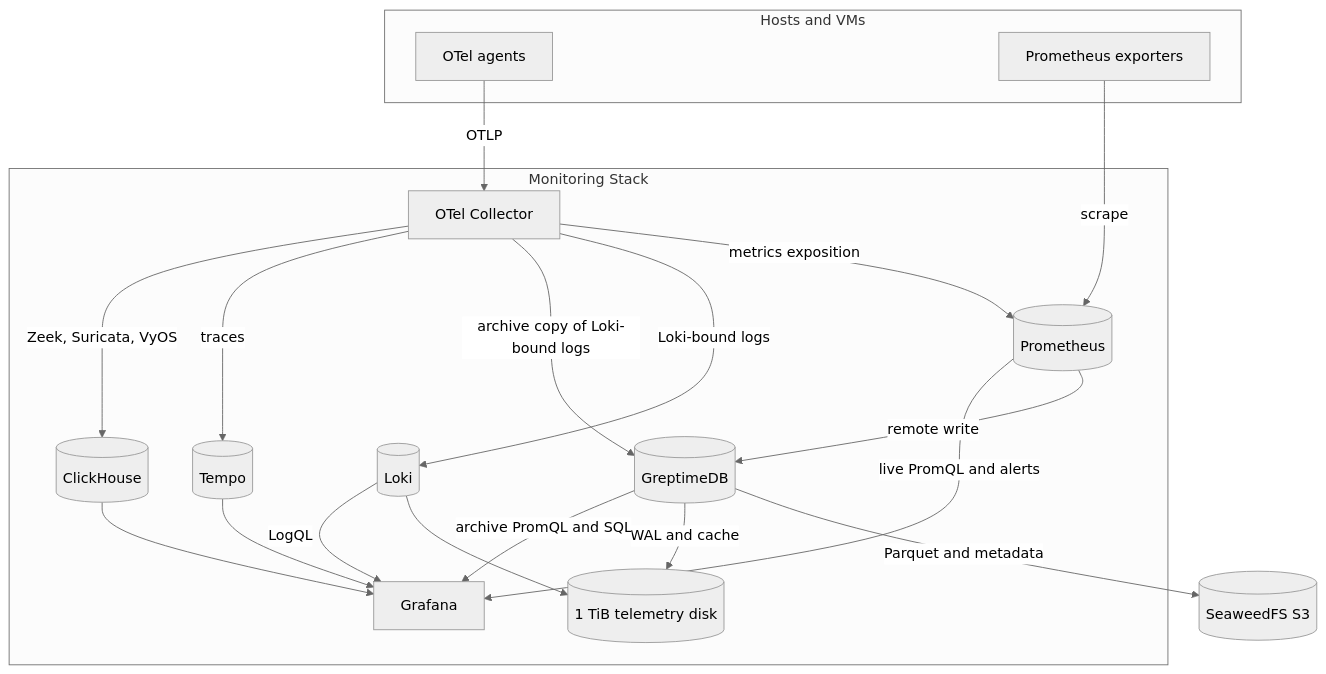
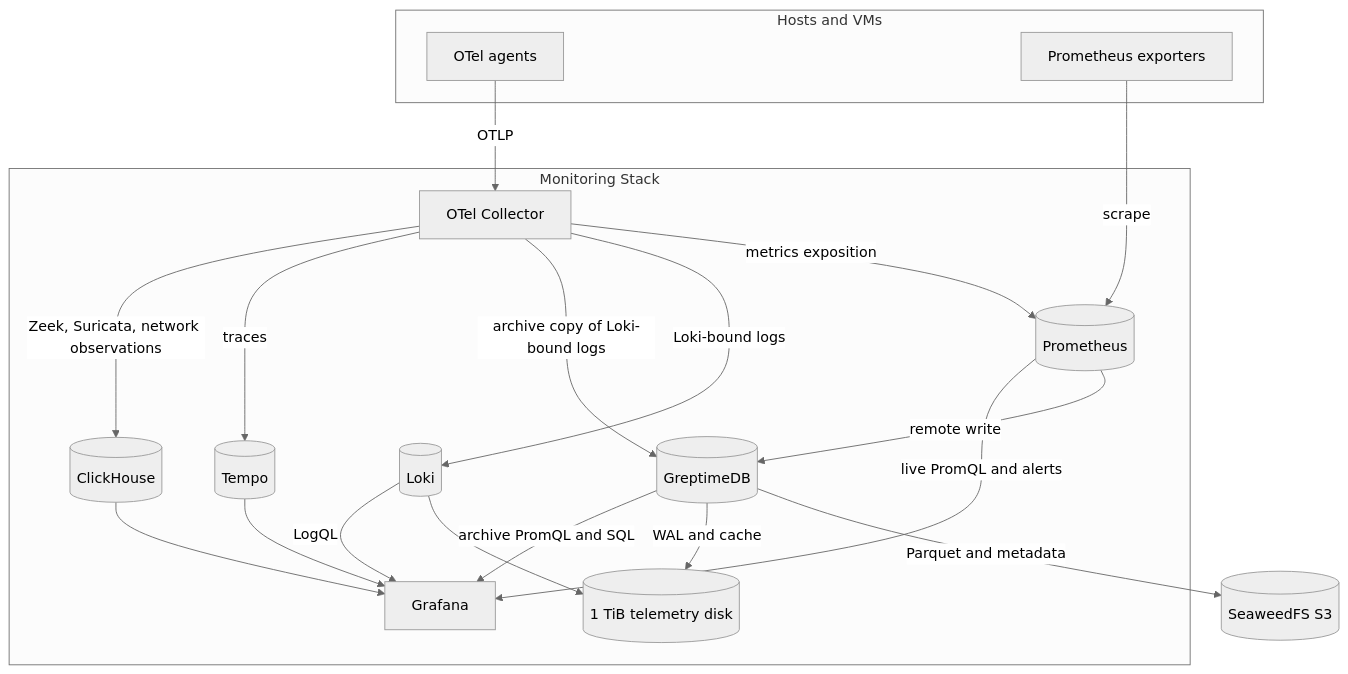
Before and after one commit to shedrachokonofua/aether: the diagram in docs/monitoring.md, drawn with Mermaid (neutral theme). The commit also changed other lines of this file and 9 other files, not shown here.

````diff
--- a/docs/monitoring.md
+++ b/docs/monitoring.md
@@ -7,37 +7,37 @@
 ```mermaid
 flowchart TB
     subgraph Hosts["Hosts and VMs"]
         Agent["OTel agents"]
         Exporters["Prometheus exporters"]
     end
 
     subgraph Niobe["Monitoring Stack"]
         Collector["OTel Collector"]
         Prometheus[(Prometheus)]
         Loki[(Loki)]
         Tempo[(Tempo)]
         ClickHouse[(ClickHouse)]
         Greptime[(GreptimeDB)]
         Grafana[Grafana]
         TelemetryDisk[("1 TiB telemetry disk")]
     end
 
     SeaweedFS[(SeaweedFS S3)]
 
     Agent -->|OTLP| Collector
     Exporters -->|scrape| Prometheus
     Collector -->|metrics exposition| Prometheus
     Collector -->|Loki-bound logs| Loki
     Collector -->|archive copy of Loki-bound logs| Greptime
     Collector -->|traces| Tempo
-    Collector -->|Zeek, Suricata, VyOS| ClickHouse
+    Collector -->|Zeek, Suricata, network observations| ClickHouse
     Prometheus -->|remote write| Greptime
     Greptime -->|Parquet and metadata| SeaweedFS
     Loki --> TelemetryDisk
     Greptime -->|WAL and cache| TelemetryDisk
     Prometheus -->|live PromQL and alerts| Grafana
     Loki -->|LogQL| Grafana
     Tempo --> Grafana
     ClickHouse --> Grafana
     Greptime -->|archive PromQL and SQL| Grafana
 ```
````
